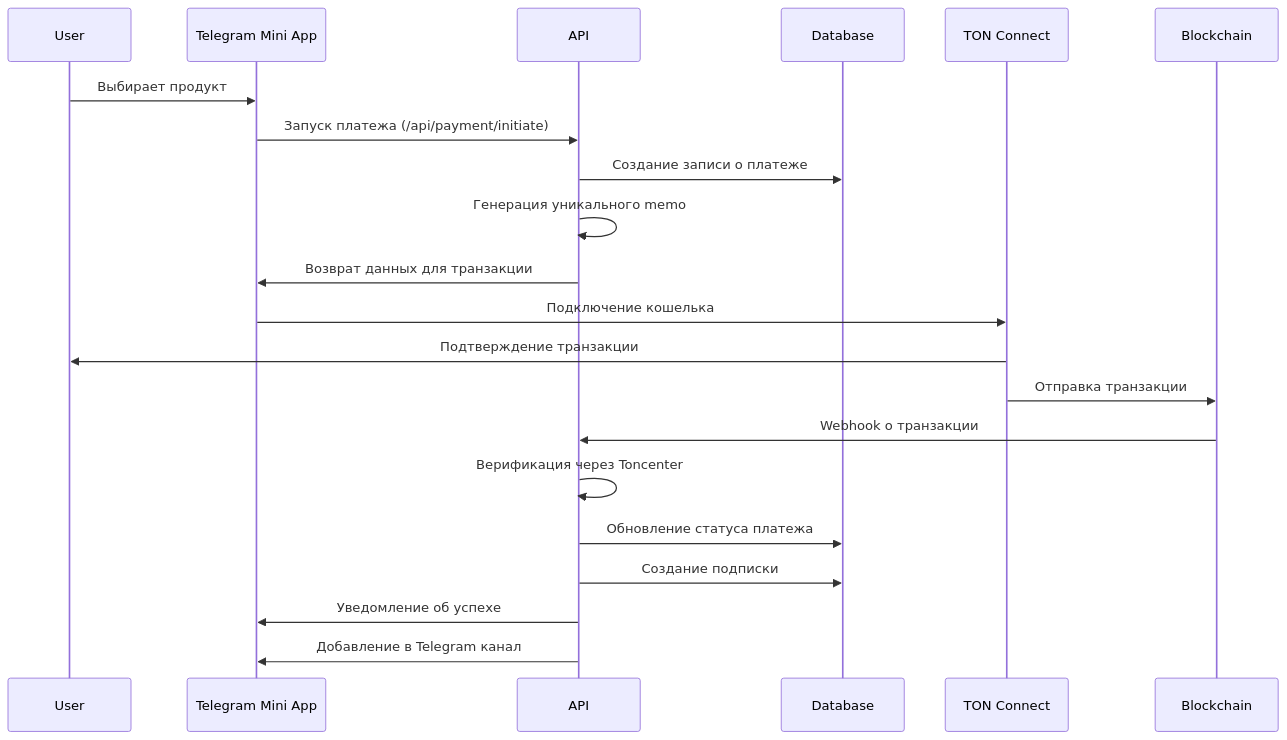
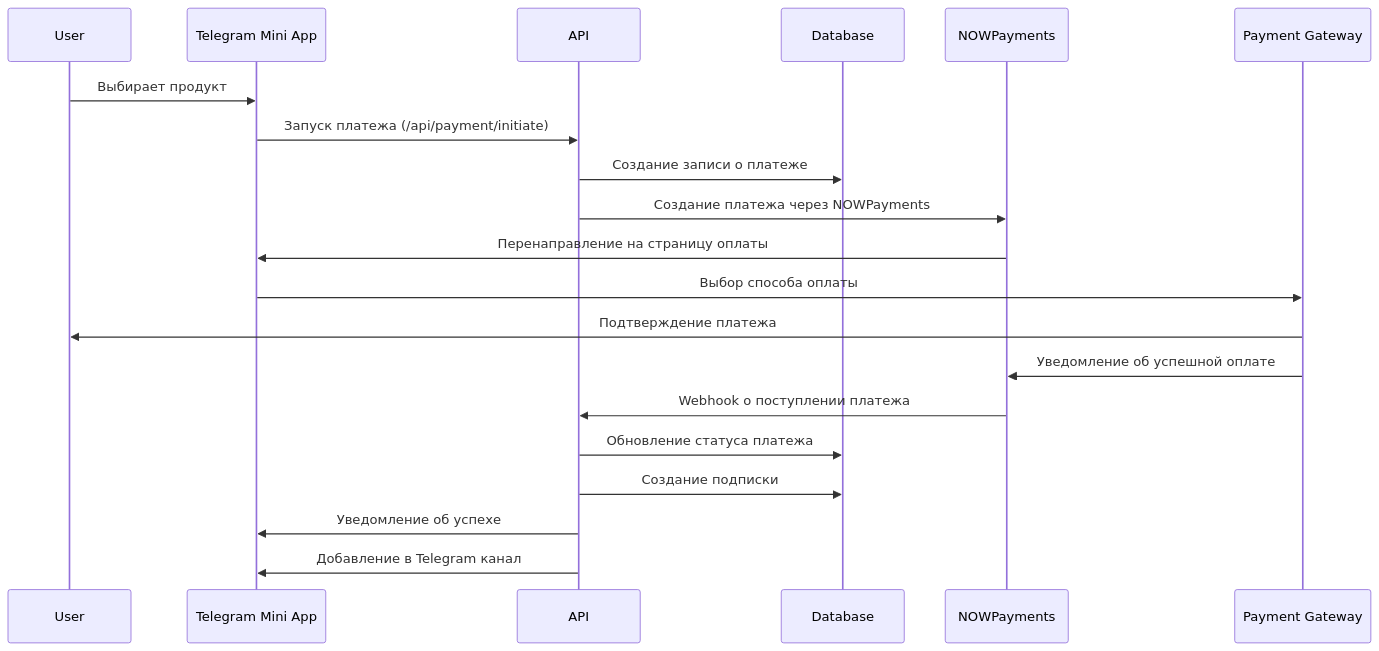
One commit to smitsergei/tma-subscription changed the second of 4 diagrams in Gitbook/technical/architecture.md. Above: the diagram before and after it, drawn with Mermaid. The commit also changed other lines of this file and 12 other files, not shown here.

First line of the commit message:
fix: Полное удаление TON Connect из документации

````diff
--- a/Gitbook/technical/architecture.md
+++ b/Gitbook/technical/architecture.md
@@ -283,24 +281,23 @@
 ```mermaid
 sequenceDiagram
     participant U as User
     participant T as Telegram Mini App
     participant A as API
     participant DB as Database
-    participant TC as TON Connect
-    participant BC as Blockchain
+    participant NP as NOWPayments
+    participant PG as Payment Gateway
 
     U->>T: Выбирает продукт
     T->>A: Запуск платежа (/api/payment/initiate)
     A->>DB: Создание записи о платеже
-    A->>A: Генерация уникального memo
-    A->>T: Возврат данных для транзакции
-    T->>TC: Подключение кошелька
-    TC->>U: Подтверждение транзакции
-    TC->>BC: Отправка транзакции
-    BC->>A: Webhook о транзакции
-    A->>A: Верификация через Toncenter
+    A->>NP: Создание платежа через NOWPayments
+    NP->>T: Перенаправление на страницу оплаты
+    T->>PG: Выбор способа оплаты
+    PG->>U: Подтверждение платежа
+    PG->>NP: Уведомление об успешной оплате
+    NP->>A: Webhook о поступлении платежа
     A->>DB: Обновление статуса платежа
     A->>DB: Создание подписки
     A->>T: Уведомление об успехе
     A->>T: Добавление в Telegram канал
 ```
````
